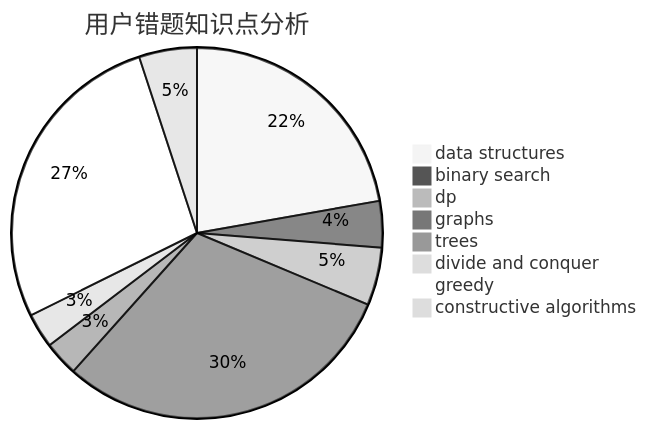
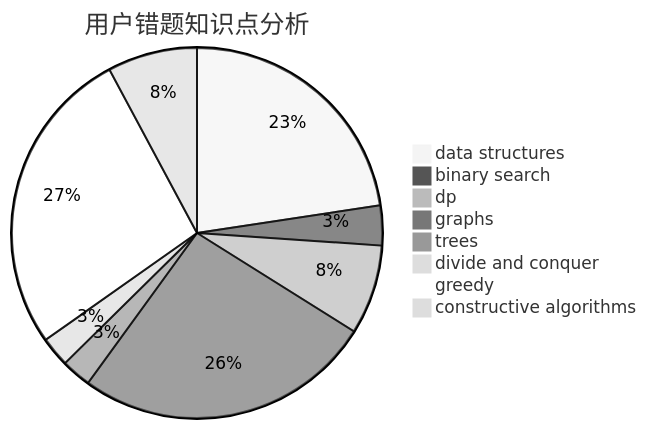
Before and after one commit to sherpahu/cfrs.github.io: the third of 3 diagrams in docs/user/u2046.md, drawn with Mermaid (neutral theme). The commit also changed other lines of this file and 2770 other files, not shown here.

````diff
--- a/docs/user/u2046.md
+++ b/docs/user/u2046.md
@@ -36,11 +36,11 @@
 ```mermaid
 pie title 用户错题知识点分析
-    "data structures" :  22
+    "data structures" :  26
     "binary search" :  4
-    "dp" :  5
+    "dp" :  9
     "graphs" :  30
     "trees" :  3
     "divide and conquer" :  3
-    "greedy" :  27
-    "constructive algorithms" :  5
+    "greedy" :  31
+    "constructive algorithms" :  9
 ```
````
